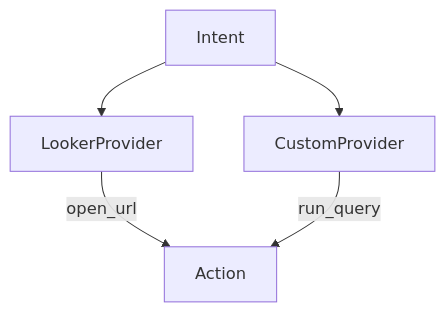
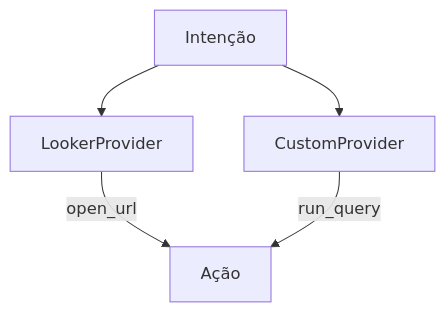
Before and after one commit to fernandesyuri33/chat-observatorio-turismo: the sixth of 8 diagrams in docs/arquitetura.md, drawn with Mermaid. The commit also changed other lines of this file and 1 other file, not shown here.

````diff
--- a/docs/arquitetura.md
+++ b/docs/arquitetura.md
@@ -135,9 +135,9 @@
 ```mermaid
 flowchart TD
 
-Intent --> ProviderA[LookerProvider]
-Intent --> ProviderB[CustomProvider]
+Intenção --> ProviderA[LookerProvider]
+Intenção --> ProviderB[CustomProvider]
 
-ProviderA -->|open_url| Action
-ProviderB -->|run_query| Action
+ProviderA -->|open_url| Ação
+ProviderB -->|run_query| Ação
 ```
````
